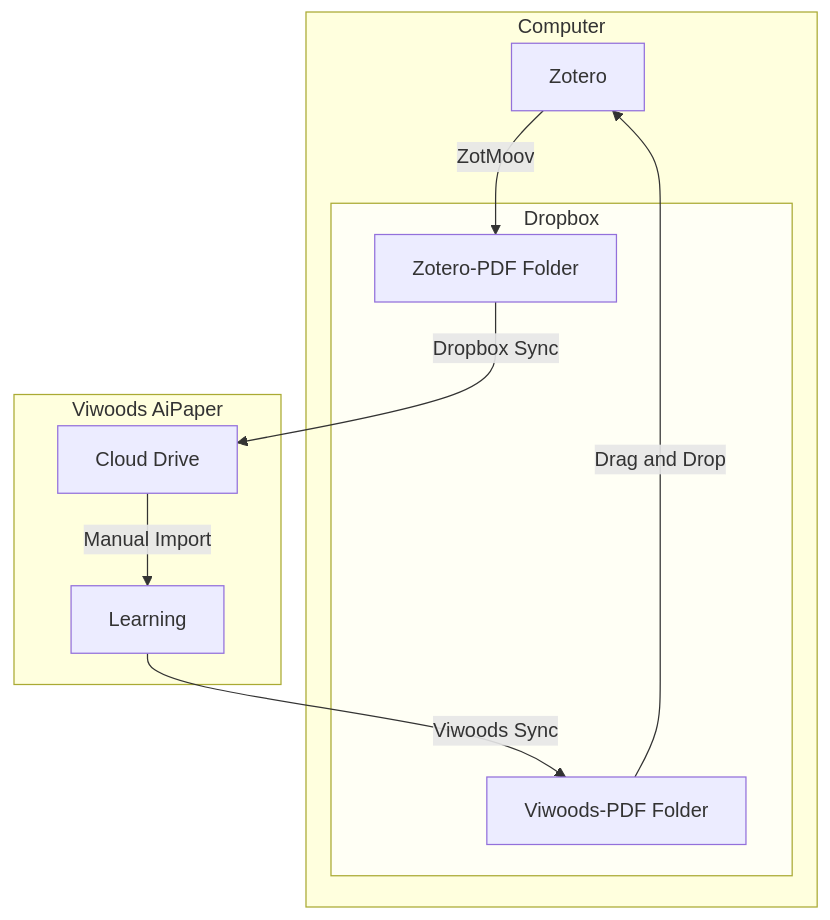
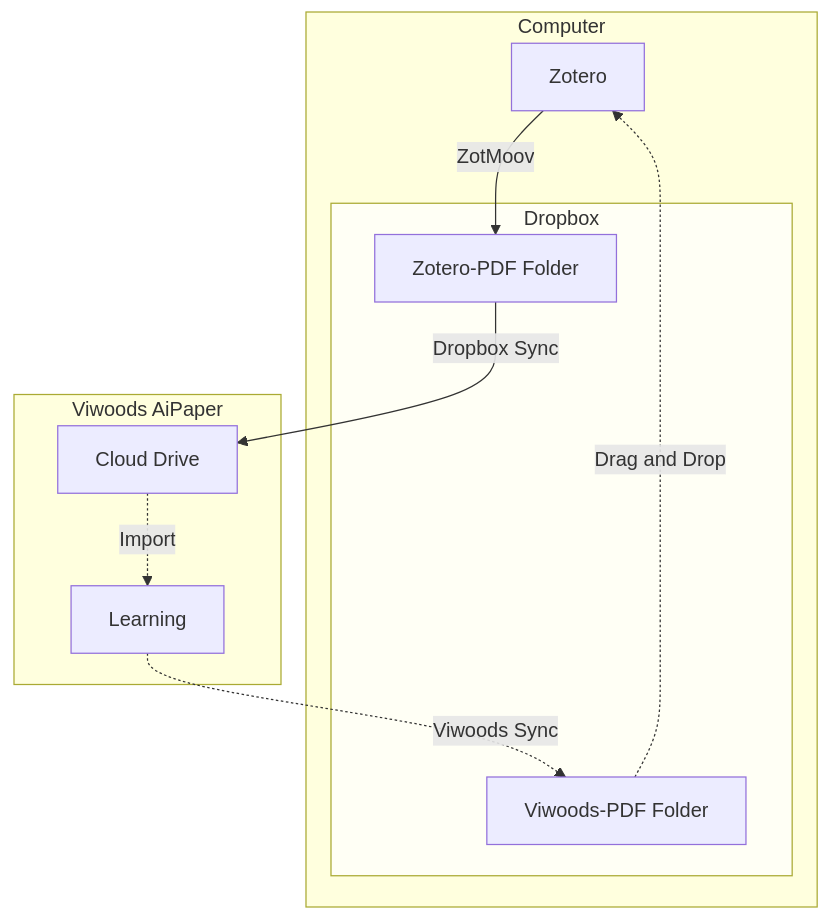
One commit to amarder/amarder.github.io changed the diagram in src/content/post/e-ink-tablet.md. Above: the diagram before and after it, drawn with Mermaid. The commit also changed other lines of this file, not shown here.

````diff
--- a/src/content/post/e-ink-tablet.md
+++ b/src/content/post/e-ink-tablet.md
@@ -19,24 +21,24 @@
 ```mermaid
 graph TB;
     subgraph "Computer"
         Zotero["Zotero"];
         subgraph Dropbox ["Dropbox"]
             ViwoodsPDF["Viwoods-PDF Folder"];
             ZoteroPDF["Zotero-PDF Folder"];
         end
     end
 
     subgraph Tablet["Viwoods AiPaper"]
         ViwoodsFiles["Cloud Drive"];
         Learning["Learning"];
     end
 
     Zotero -->|"ZotMoov"| ZoteroPDF;
-    ViwoodsPDF -->|"Drag and Drop"| Zotero;
-    ViwoodsFiles -->|"Manual Import"| Learning;
+    ViwoodsPDF -.->|"Drag and Drop"| Zotero;
+    ViwoodsFiles -.->|"Import"| Learning;
     ZoteroPDF -->|"Dropbox Sync"| ViwoodsFiles;
-    Learning -->|"Viwoods Sync"| ViwoodsPDF;
+    Learning -.->|"Viwoods Sync"| ViwoodsPDF;
 
     classDef dropboxStyle fill:#fffff5
     class Dropbox dropboxStyle
 ```
````
